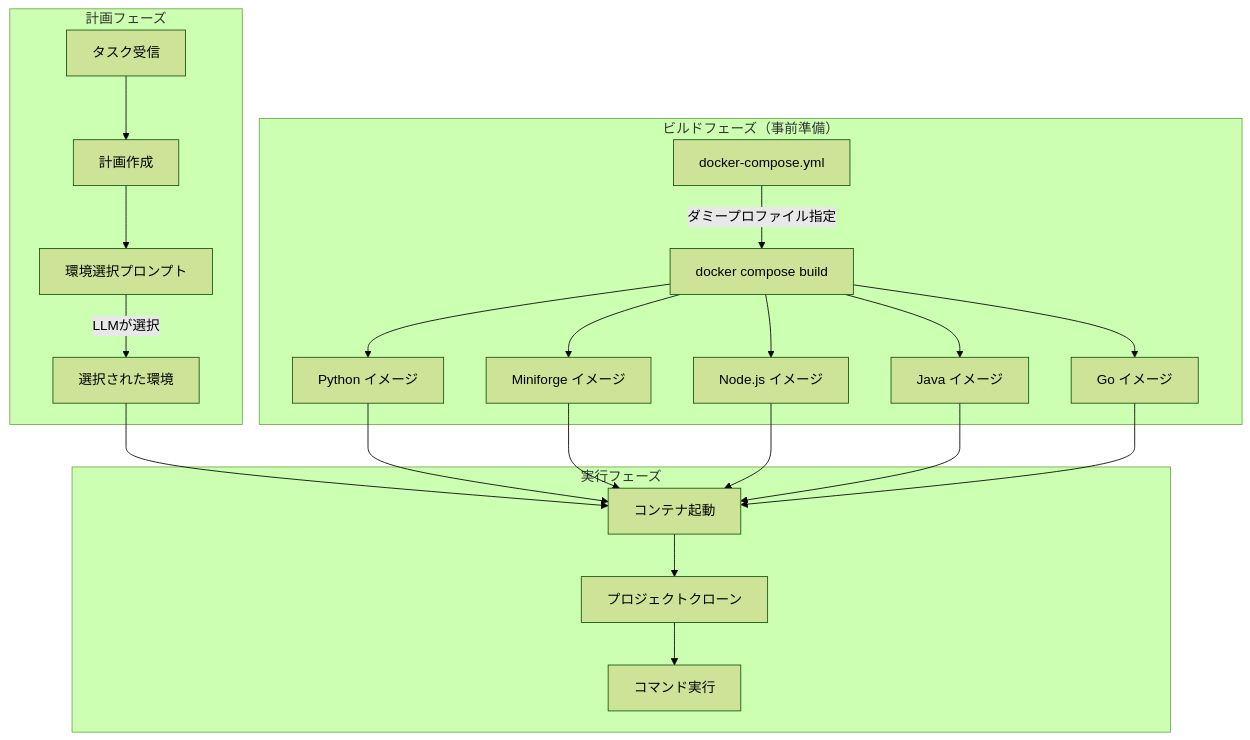
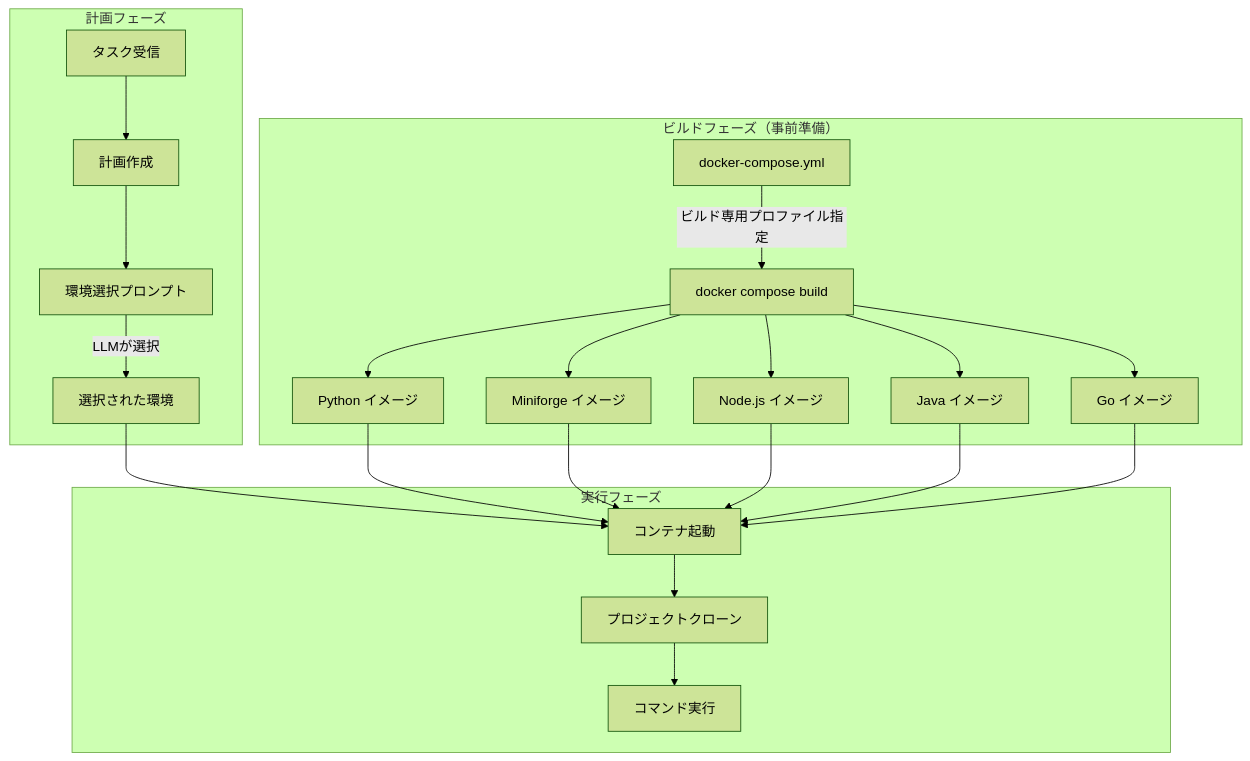
Before and after one commit to notfolder/coding_agent: the first of 4 diagrams in docs/spec/MULTI_LANGUAGE_ENVIRONMENT_SPECIFICATION.md, drawn with Mermaid (forest theme). The commit also changed other lines of this file and 1 other file, not shown here.

Commit message:
Address code review feedback - remove unused base-packages.sh and fix terminology

````diff
--- a/docs/spec/MULTI_LANGUAGE_ENVIRONMENT_SPECIFICATION.md
+++ b/docs/spec/MULTI_LANGUAGE_ENVIRONMENT_SPECIFICATION.md
@@ -36,29 +36,29 @@
 ```mermaid
 flowchart TD
     subgraph BuildPhase[ビルドフェーズ（事前準備）]
-        DC[docker-compose.yml] --> |ダミープロファイル指定|Build[docker compose build]
+        DC[docker-compose.yml] --> |ビルド専用プロファイル指定|Build[docker compose build]
         Build --> ImgPython[Python イメージ]
         Build --> ImgMiniforge[Miniforge イメージ]
         Build --> ImgNode[Node.js イメージ]
         Build --> ImgJava[Java イメージ]
         Build --> ImgGo[Go イメージ]
     end
     
     subgraph PlanningPhase[計画フェーズ]
         Task[タスク受信] --> Planning[計画作成]
         Planning --> EnvSelection[環境選択プロンプト]
         EnvSelection --> |LLMが選択|SelectedEnv[選択された環境]
     end
     
     subgraph ExecutionPhase[実行フェーズ]
         SelectedEnv --> Container[コンテナ起動]
         Container --> Clone[プロジェクトクローン]
         Clone --> Execute[コマンド実行]
     end
     
     ImgPython --> Container
     ImgMiniforge --> Container
     ImgNode --> Container
     ImgJava --> Container
     ImgGo --> Container
 ```
````
